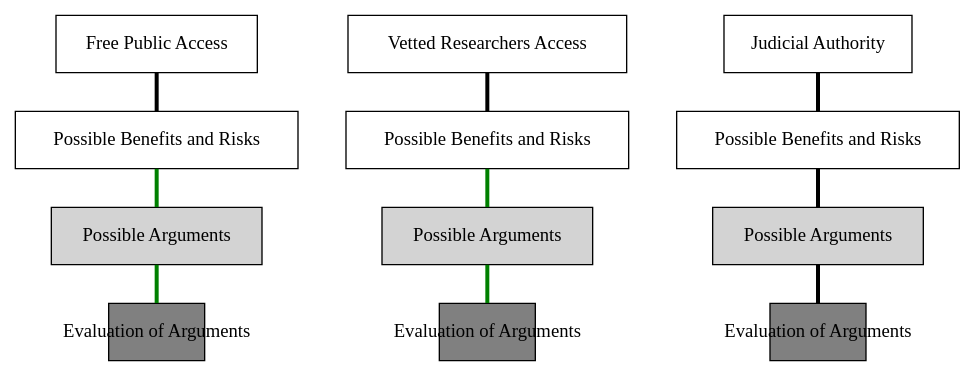
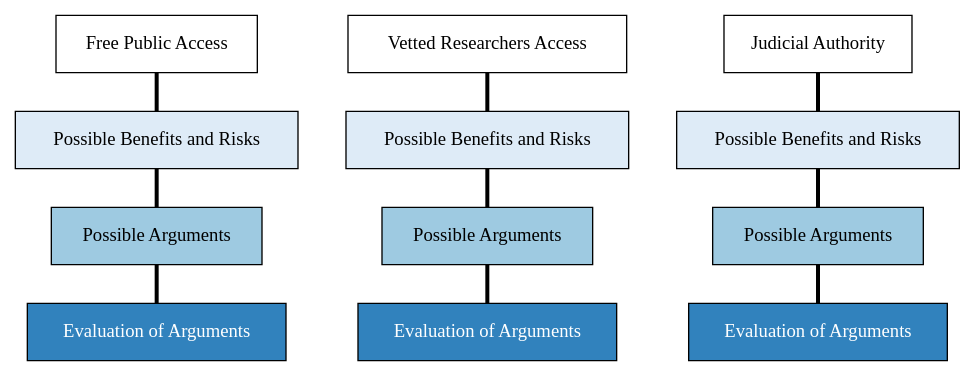
Before and after one commit to JenkaUbuntu/twon-website-mockup.github.io: the diagram in Graphics/TWON-Analysis-Basic-Structure.dot, drawn with Graphviz. The commit also changed 10 other files, not shown here.

```diff
--- a/Graphics/TWON-Analysis-Basic-Structure.dot
+++ b/Graphics/TWON-Analysis-Basic-Structure.dot
@@ -1,129 +1,135 @@
 digraph "Governance Modes for TWON" {
  graph [newrank = true,
 		nodesep = 0.5,
 		ranksep = 0.4,
 		overlap = true,
 		splines = false,]
  node [fixedsize = false,
 		fontsize = 14,
 		height = 1,
 		shape = box,
 		style = "filled,setlinewidth(1)",
 		width = 1]
  edge [arrowhead = none,
 		arrowsize = 1,
 		labelfontname = "Ubuntu",
 		weight = 10,
 		style = "filled,setlinewidth(3)"]
   subgraph GM_1 {
   node [color=black]
-  edge [color=green]
+  edge [color=black]
   pro_1 [
-    URL="https://jenkaubuntu.github.io/twon-website-mockup.github.io/TWON-Analysis.html#gm-1-free-public-access",
-    fillcolor="white",
+    href="https://jenkaubuntu.github.io/twon-website-mockup.github.io/TWON-Analysis.html#pro-cons-gm-1-free-public-access",
+    fillcolor="#deebf7",
     fixedsize=false,
     label="Possible Benefits and Risks"
     height=0.6,
     row=func,
     width=1]
   decision_principles_1 [
-    URL="",
-    fillcolor="lightgrey",
+    URL="https://jenkaubuntu.github.io/twon-website-mockup.github.io/TWON-Analysis.html#arguments-regarding-gm-1-free-public-access",
+    fillcolor="#9ecae1",
     fixedsize=false,
     label="Possible Arguments"
     height=0.6,
     row=func,
     width=1]
   arguments_1 [
     URL="",
-    fillcolor="grey",
-    fixedsize=true,
+    fillcolor="#3182bd",
+    fixedsize=false,
     label="Evaluation of Arguments"
+    fontcolor=white,
     height=0.6,
     row=func,
     width=1
   ]
   pro_1 -> decision_principles_1
   decision_principles_1 -> arguments_1
  }
    subgraph GM_2 {
   node [color=black]
-  edge [color=green]
+  edge [color=black]
   pro_2 [
-    URL="https://jenkaubuntu.github.io/twon-website-mockup.github.io/TWON-Analysis.html#gm-2-vetted-researchers-access",
-    fillcolor="white",
+    URL="https://jenkaubuntu.github.io/twon-website-mockup.github.io/TWON-Analysis.html#pro-cons-gm-2-vetted-researchers-access",
+    fillcolor="#deebf7",
     fixedsize=false,
     label="Possible Benefits and Risks"
     height=0.6,
     row=func,
     width=1]
   decision_principles_2 [
-    URL="",
-    fillcolor="lightgrey",
+    URL="https://jenkaubuntu.github.io/twon-website-mockup.github.io/TWON-Analysis.html#arguments-regarding-gm-2-vetted-researchers-only",
+    fillcolor="#9ecae1",
     fixedsize=false,
     label="Possible Arguments"
     height=0.6,
     row=func,
     width=1]
   arguments_2 [
     URL="",
-    fillcolor="grey",
-    fixedsize=true,
+    fillcolor="#3182bd",
+    fixedsize=false,
     label="Evaluation of Arguments"
+    fontcolor=white,
     height=0.6,
     row=func,
     width=1
   ]
   pro_2 -> decision_principles_2
   decision_principles_2 -> arguments_2
  }
  subgraph GM_3 {
   node [color=black]
   edge [color=black]
   pro_3 [
-    URL="https://jenkaubuntu.github.io/twon-website-mockup.github.io/TWON-Analysis.html#gm-3-access-by-judicial-authority",
-    fillcolor="white",
+    URL="https://jenkaubuntu.github.io/twon-website-mockup.github.io/TWON-Analysis.html#pro-cons-gm-3-access-by-judicial-authority",
+    fillcolor="#deebf7",
     fixedsize=false,
-    label="Possible Benefits and Risks"
+    label="Possible Benefits and Risks",
     height=0.6,
     row=func,
     width=1]
   decision_principles_3 [
-    URL="",
-    fillcolor="lightgrey",
+    URL="https://jenkaubuntu.github.io/twon-website-mockup.github.io/TWON-Analysis.html#arguments-regarding-gm-3-on-behalf-of-judicial-authority-only",
+    fillcolor="#9ecae1",
     fixedsize=false,
-    label="Possible Arguments"
+    label="Possible Arguments",
     height=0.6,
     row=func,
     width=1]
   arguments_3 [
     URL="",
-    fillcolor="grey",
-    fixedsize=true,
-    label="Evaluation of Arguments"
+    fillcolor="#3182bd",
+    fixedsize=false,
+    label="Evaluation of Arguments",
+    fontcolor=white,
     height=0.6,
     row=func,
     width=1
   ]
   pro_3 -> decision_principles_3
   decision_principles_3 -> arguments_3
  }
  Label_1 [
   label="Free Public Access",
+  URL="https://jenkaubuntu.github.io/twon-website-mockup.github.io/TWON-Analysis.html#gm-1-free-public-access",
   fillcolor="white",
   width=1
   height=.6]
  Label_2 [
   label="Vetted Researchers Access",
+  URL="https://jenkaubuntu.github.io/twon-website-mockup.github.io/TWON-Analysis.html#gm-2-vetted-researchers-only",
   fillcolor="white",
   width=1
   height=.6]
  Label_3 [
   label="Judicial Authority",
+  URL="https://jenkaubuntu.github.io/twon-website-mockup.github.io/TWON-Analysis.html#gm-3-judicial-authority",
   fillcolor="white",
   width=1
   height=.6]
  Label_1 -> pro_1
  Label_2 -> pro_2
  Label_3 -> pro_3
 }
```
